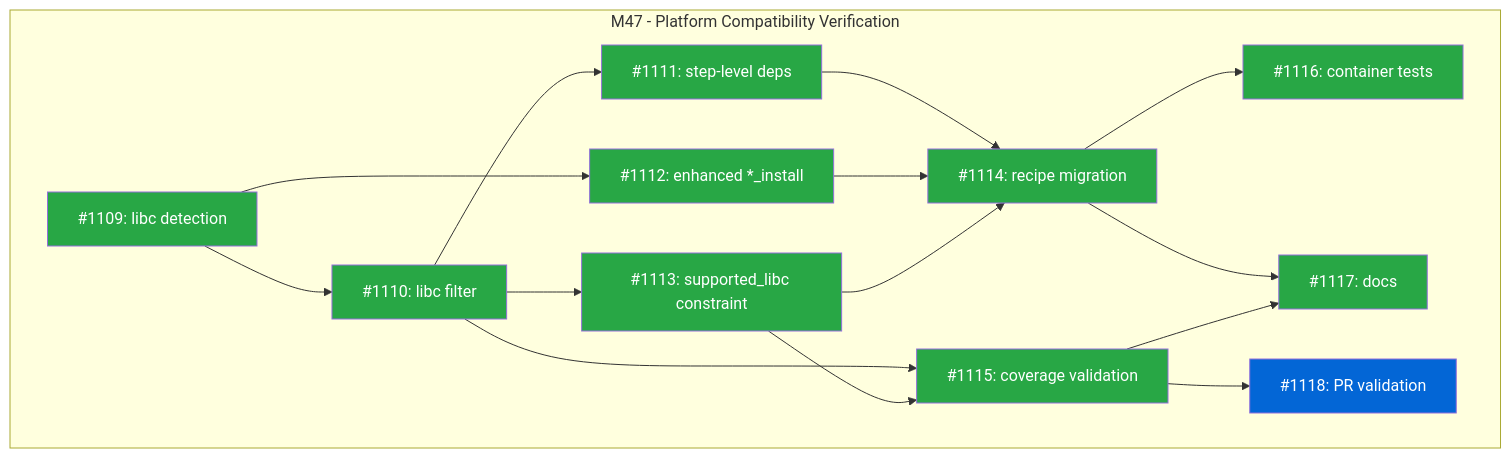
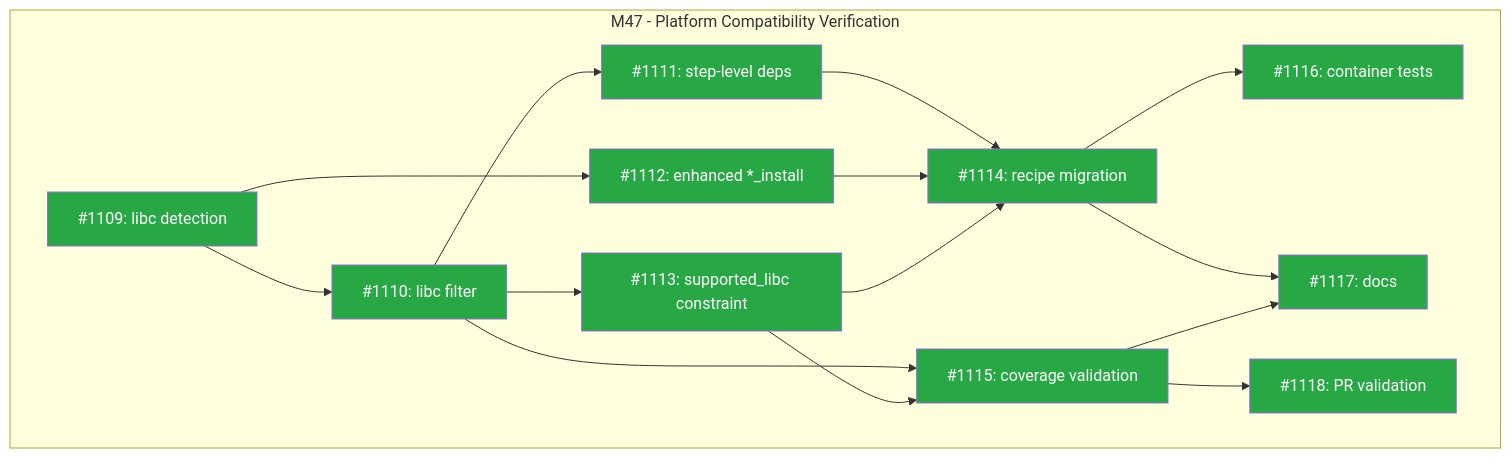
The diagram in docs/designs/DESIGN-platform-compatibility-verification.md (tsukumogami/tsuku), drawn with Mermaid before and after one commit.

Commit message:
docs(platform): mark issue #1118 as done

````diff
--- a/docs/designs/DESIGN-platform-compatibility-verification.md
+++ b/docs/designs/DESIGN-platform-compatibility-verification.md
@@ -29,34 +29,34 @@
 ```mermaid
 graph TD
     subgraph "M47 - Platform Compatibility Verification"
         I1109["#1109: libc detection"]:::done
         I1110["#1110: libc filter"]:::done
         I1111["#1111: step-level deps"]:::done
         I1112["#1112: enhanced *_install"]:::done
         I1113["#1113: supported_libc constraint"]:::done
         I1114["#1114: recipe migration"]:::done
         I1115["#1115: coverage validation"]:::done
         I1116["#1116: container tests"]:::done
         I1117["#1117: docs"]:::done
-        I1118["#1118: PR validation"]:::ready
+        I1118["#1118: PR validation"]:::done
 
         I1109 --> I1110
         I1109 --> I1112
         I1110 --> I1111
         I1110 --> I1113
         I1110 --> I1115
         I1111 --> I1114
         I1112 --> I1114
         I1113 --> I1114
         I1113 --> I1115
         I1114 --> I1116
         I1114 --> I1117
         I1115 --> I1117
         I1115 --> I1118
     end
 
     classDef done fill:#28a745,color:#fff
     classDef ready fill:#0366d6,color:#fff
     classDef blocked fill:#ffc107,color:#000
     classDef needsDesign fill:#6f42c1,color:#fff
 ```
````
